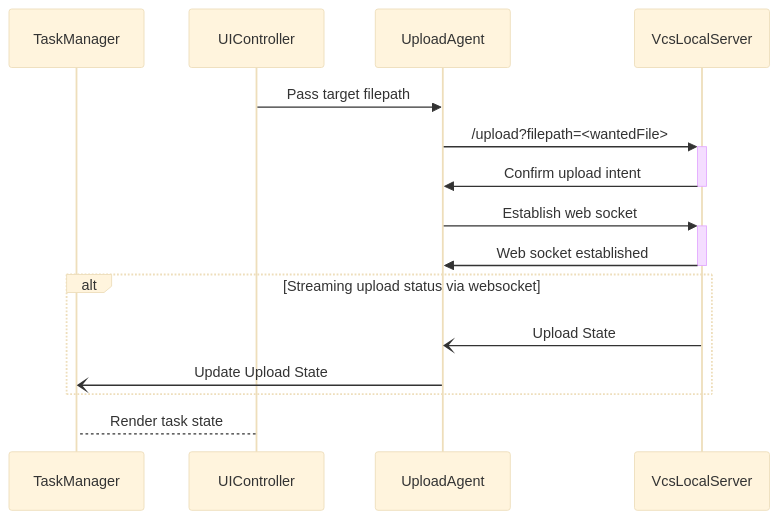
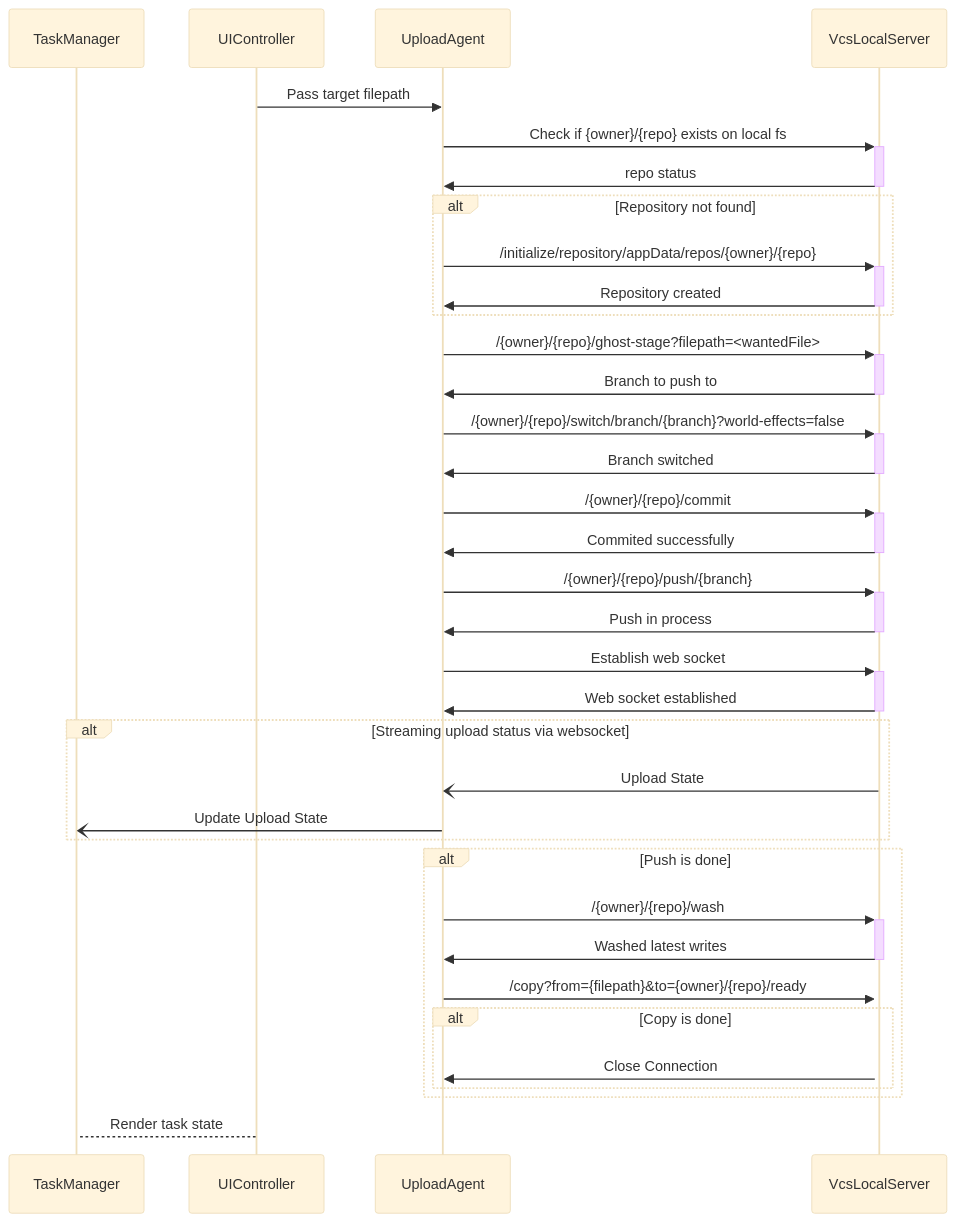
One commit to Star-Plus/CloudsparkWeb changed the diagram in src/lib/features/drive/agents/UploadAgent.mermaid. Above: the diagram before and after it, drawn with Mermaid (base theme). The commit also changed 2 other files, not shown here.

Commit message:
Modified Upload Agent Design

```diff
--- a/src/lib/features/drive/agents/UploadAgent.mermaid
+++ b/src/lib/features/drive/agents/UploadAgent.mermaid
@@ -1,22 +1,52 @@
 sequenceDiagram
     participant TaskManager
     participant UIController
     participant UploadAgent
     participant VcsLocalServer
 
     UIController ->> UploadAgent: Pass target filepath
 
-    UploadAgent ->>+ VcsLocalServer: /upload?filepath=<wantedFile>
-    VcsLocalServer ->>- UploadAgent: Confirm upload intent
+    UploadAgent ->>+ VcsLocalServer: Check if {owner}/{repo} exists on local fs
+    VcsLocalServer ->>- UploadAgent: repo status
+
+    alt Repository not found
+    UploadAgent ->>+ VcsLocalServer: /initialize/repository/appData/repos/{owner}/{repo}
+    VcsLocalServer ->>- UploadAgent: Repository created
+    end
+
+    UploadAgent ->>+ VcsLocalServer: /{owner}/{repo}/ghost-stage?filepath=<wantedFile>
+    VcsLocalServer ->>- UploadAgent: Branch to push to
+
+    UploadAgent ->>+ VcsLocalServer: /{owner}/{repo}/switch/branch/{branch}?world-effects=false
+    VcsLocalServer ->>- UploadAgent: Branch switched
+
+    UploadAgent ->>+ VcsLocalServer: /{owner}/{repo}/commit
+    VcsLocalServer ->>- UploadAgent: Commited successfully
+
+    UploadAgent ->>+ VcsLocalServer: /{owner}/{repo}/push/{branch}
+    VcsLocalServer ->>- UploadAgent: Push in process
 
     UploadAgent ->>+ VcsLocalServer: Establish web socket
     VcsLocalServer ->>- UploadAgent: Web socket established
 
     alt Streaming upload status via websocket
 
     VcsLocalServer -) UploadAgent: Upload State
     UploadAgent -) TaskManager: Update Upload State
     
     end
 
+    alt Push is done
+    UploadAgent ->>+ VcsLocalServer: /{owner}/{repo}/wash
+    VcsLocalServer ->>- UploadAgent: Washed latest writes
+
+    UploadAgent ->>+ VcsLocalServer: /copy?from={filepath}&to={owner}/{repo}/ready
+    
+    alt Copy is done
+    VcsLocalServer ->> UploadAgent: Close Connection
+    end
+
+    end
+    
+
     UIController --> TaskManager: Render task state
```
